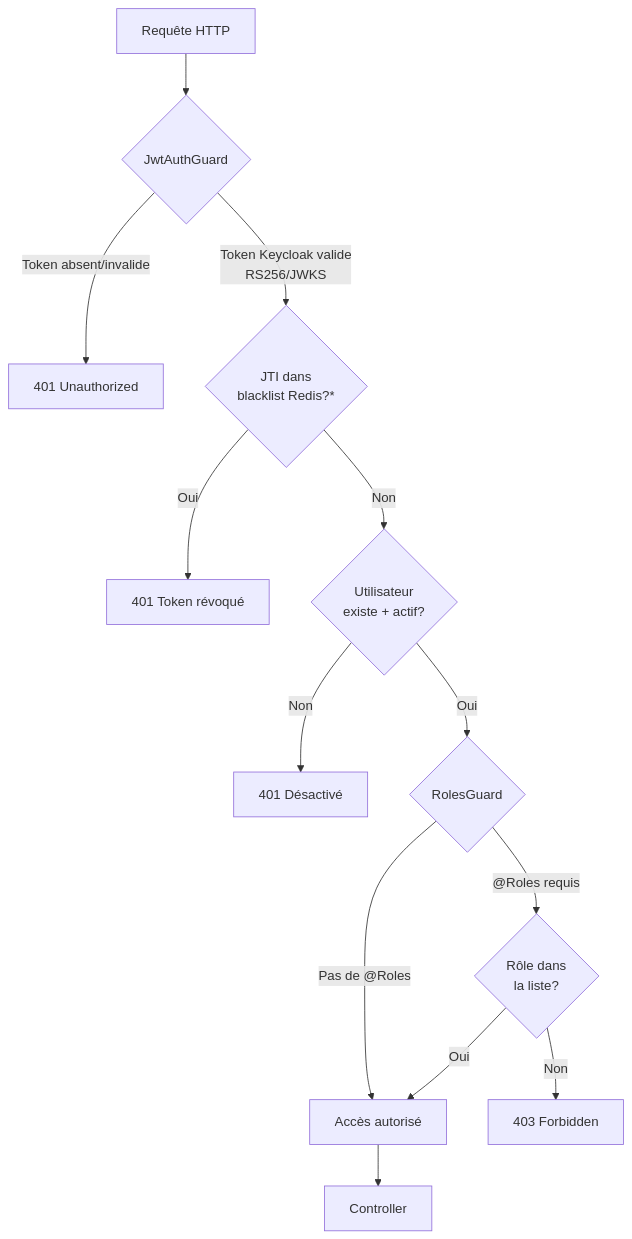
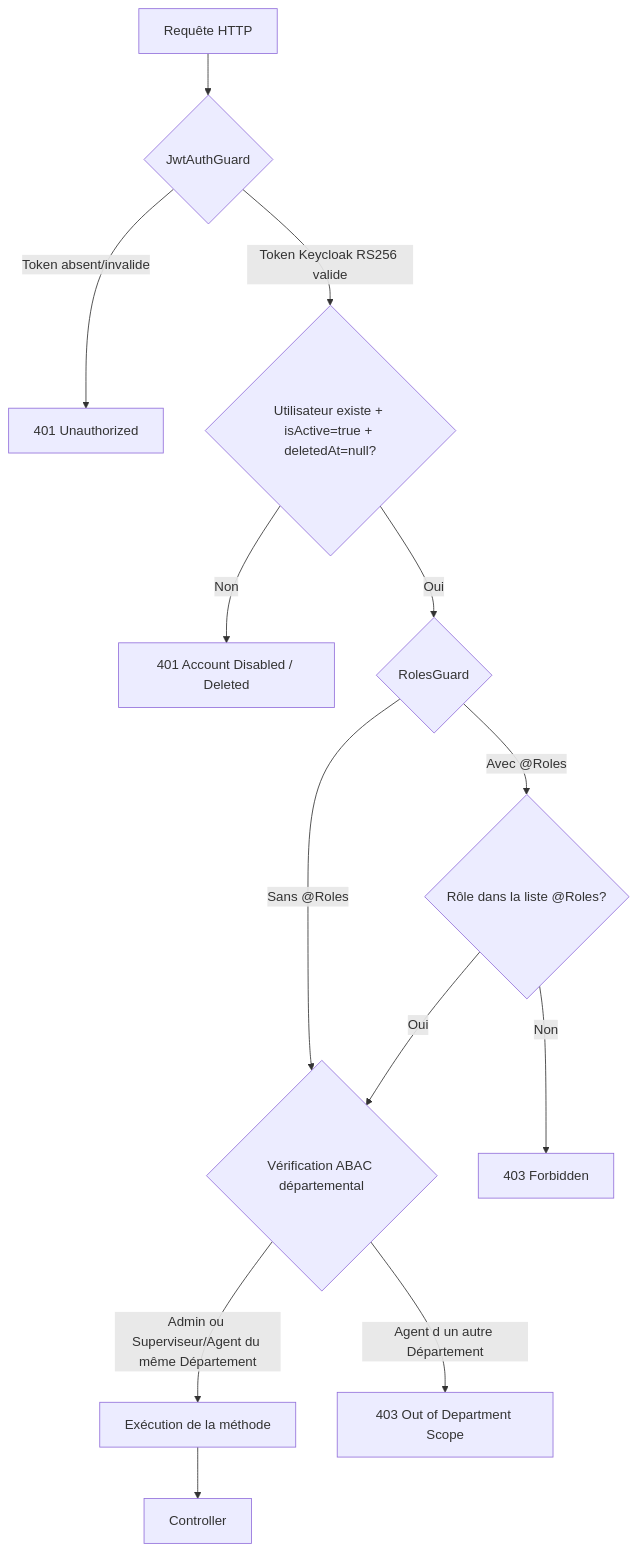
Before and after one commit to enockmigjr/Test-Backend-Telecom: diagram 11 of 14 in docs/architecture-flows.md, drawn with Mermaid. The commit also changed other lines of this file and 9 other files, not shown here.

````diff
--- a/docs/architecture-flows.md
+++ b/docs/architecture-flows.md
@@ -285,17 +387,17 @@
 ```mermaid
 flowchart TD
     Request[Requête HTTP] --> JWTGuard{JwtAuthGuard}
     JWTGuard -->|Token absent/invalide| Reject1[401 Unauthorized]
-    JWTGuard -->|Token Keycloak valide<br/>RS256/JWKS| RedisCheck{JTI dans<br/>blacklist Redis?*}
-    RedisCheck -->|Oui| Reject2[401 Token révoqué]
-    RedisCheck -->|Non| UserCheck{Utilisateur<br/>existe + actif?}
-    UserCheck -->|Non| Reject3[401 Désactivé]
+    JWTGuard -->|Token Keycloak RS256 valide| UserCheck{Utilisateur existe + isActive=true + deletedAt=null?}
+    UserCheck -->|Non| Reject3[401 Account Disabled / Deleted]
     UserCheck -->|Oui| RolesGuard{RolesGuard}
 
-    RolesGuard -->|"Pas de @Roles"| Pass[Accès autorisé]
-    RolesGuard -->|"@Roles requis"| RoleCheck{Rôle dans<br/>la liste?}
-    RoleCheck -->|Oui| Pass
+    RolesGuard -->|"Sans @Roles"| ABACCheck{Vérification ABAC départemental}
+    RolesGuard -->|"Avec @Roles"| RoleCheck{Rôle dans la liste @Roles?}
+    RoleCheck -->|Oui| ABACCheck
     RoleCheck -->|Non| Reject4[403 Forbidden]
 
+    ABACCheck -->|Admin ou Superviseur/Agent du même Département| Pass[Exécution de la méthode]
+    ABACCheck -->|Agent d un autre Département| Reject5[403 Out of Department Scope]
     Pass --> Controller[Controller]
 ```
````
